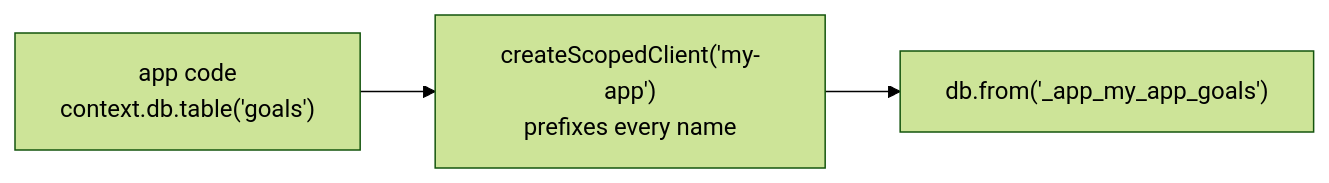
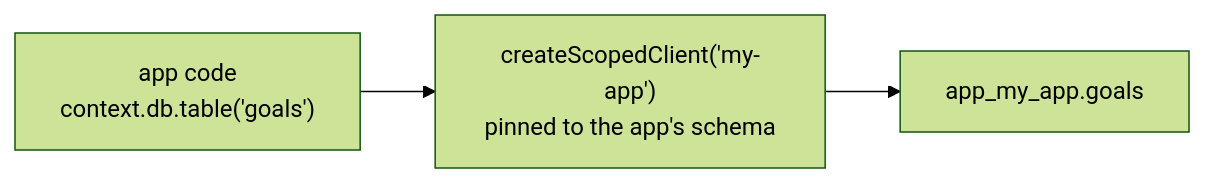
Before and after one commit to mixoshq/mixos: the third of 5 diagrams in docs/security-architecture.md, drawn with Mermaid (forest theme). The commit also changed other lines of this file and 30 other files, not shown here.

First line of the commit message:
feat(os)!: a schema and role per app, with migrations checked and run as the app

````diff
--- a/docs/security-architecture.md
+++ b/docs/security-architecture.md
@@ -288,5 +290,5 @@
 ```mermaid
 flowchart LR
-    APP["app code<br/>context.db.table('goals')"] --> SCOPED["createScopedClient('my-app')<br/>prefixes every name"]
-    SCOPED --> REAL["db.from('_app_my_app_goals')"]
+    APP["app code<br/>context.db.table('goals')"] --> SCOPED["createScopedClient('my-app')<br/>pinned to the app's schema"]
+    SCOPED --> REAL["app_my_app.goals"]
 ```
````
